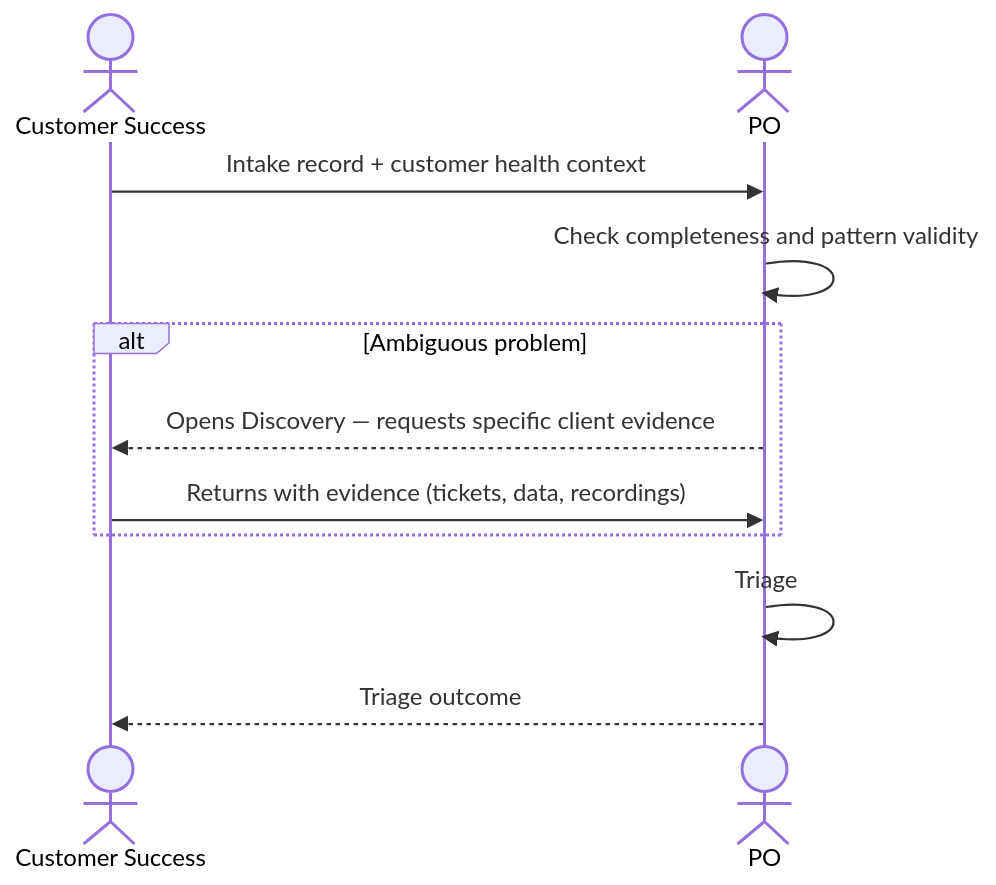
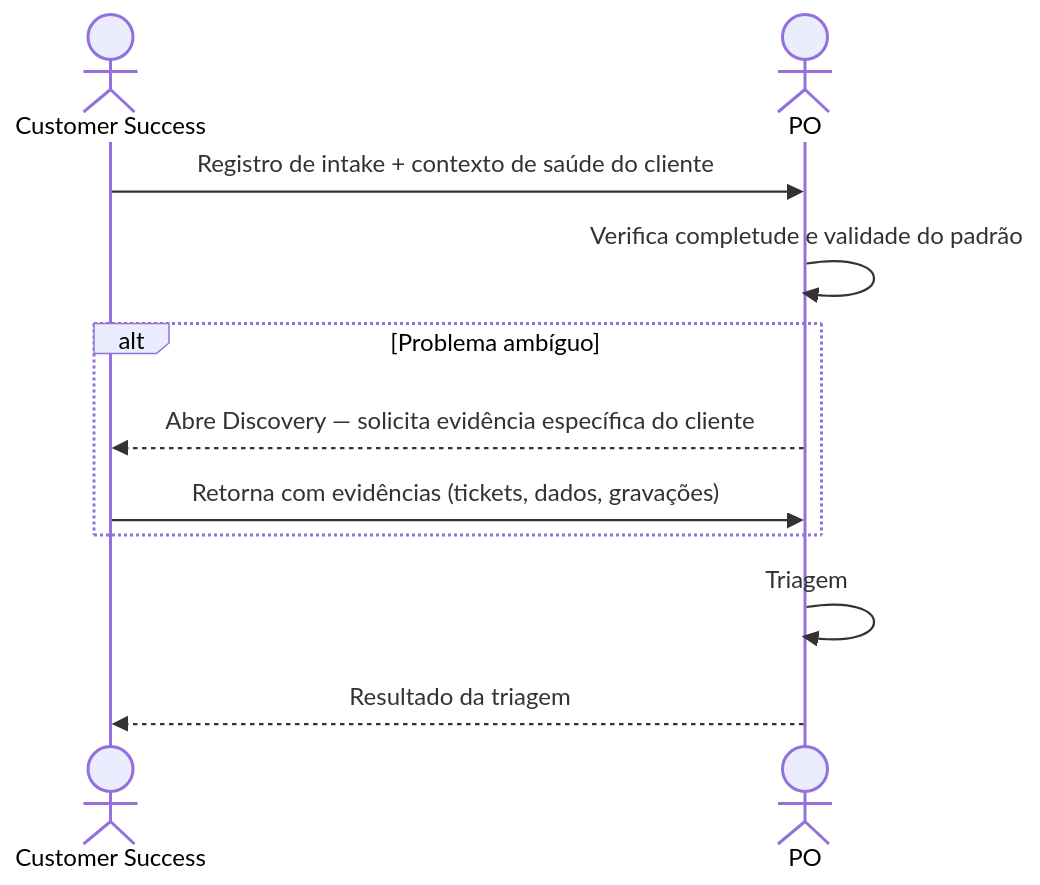
One commit to hugo-hsbtech/teamwork-process changed the diagram in interactions/02-cs-to-po.md. Above: the diagram before and after it, drawn with Mermaid. The commit also changed other lines of this file and 64 other files, not shown here.

````diff
--- a/interactions/02-cs-to-po.md
+++ b/interactions/02-cs-to-po.md
@@ -61,16 +61,16 @@
 ```mermaid
 sequenceDiagram
     actor CS as Customer Success
     actor PO as PO
 
-    CS->>PO: Intake record + customer health context
-    PO->>PO: Check completeness and pattern validity
+    CS->>PO: Registro de intake + contexto de saúde do cliente
+    PO->>PO: Verifica completude e validade do padrão
 
-    alt Ambiguous problem
-        PO-->>CS: Opens Discovery — requests specific client evidence
-        CS->>PO: Returns with evidence (tickets, data, recordings)
+    alt Problema ambíguo
+        PO-->>CS: Abre Discovery — solicita evidência específica do cliente
+        CS->>PO: Retorna com evidências (tickets, dados, gravações)
     end
 
-    PO->>PO: Triage
-    PO-->>CS: Triage outcome
+    PO->>PO: Triagem
+    PO-->>CS: Resultado da triagem
 ```
````
